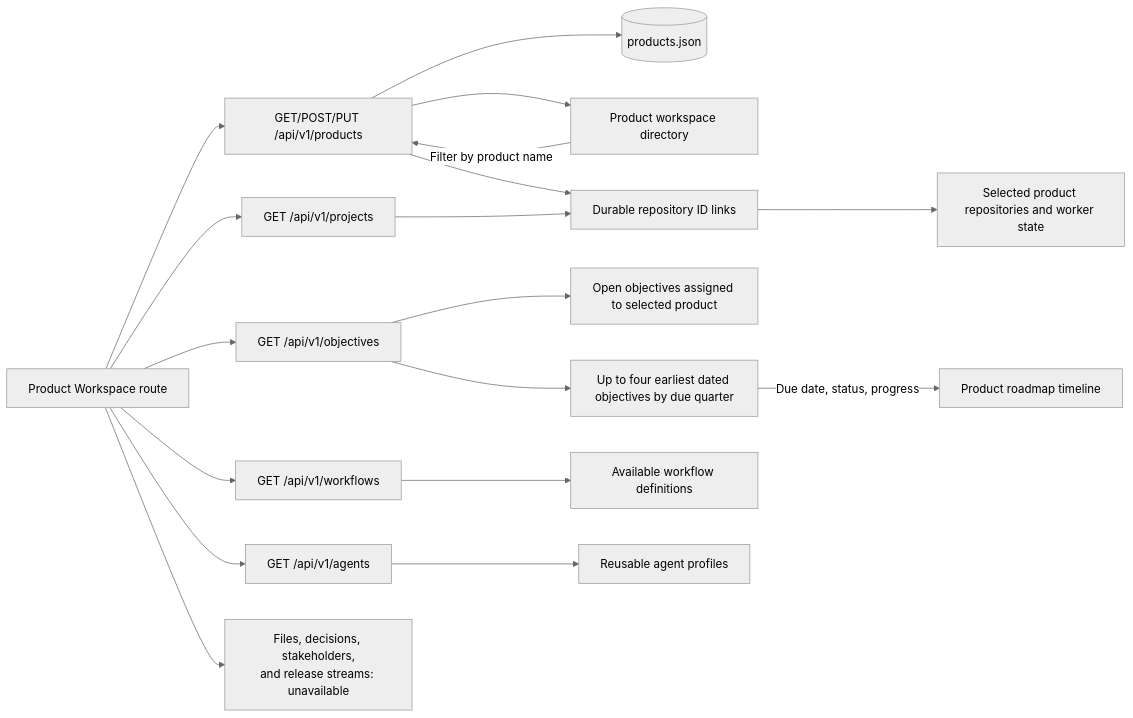
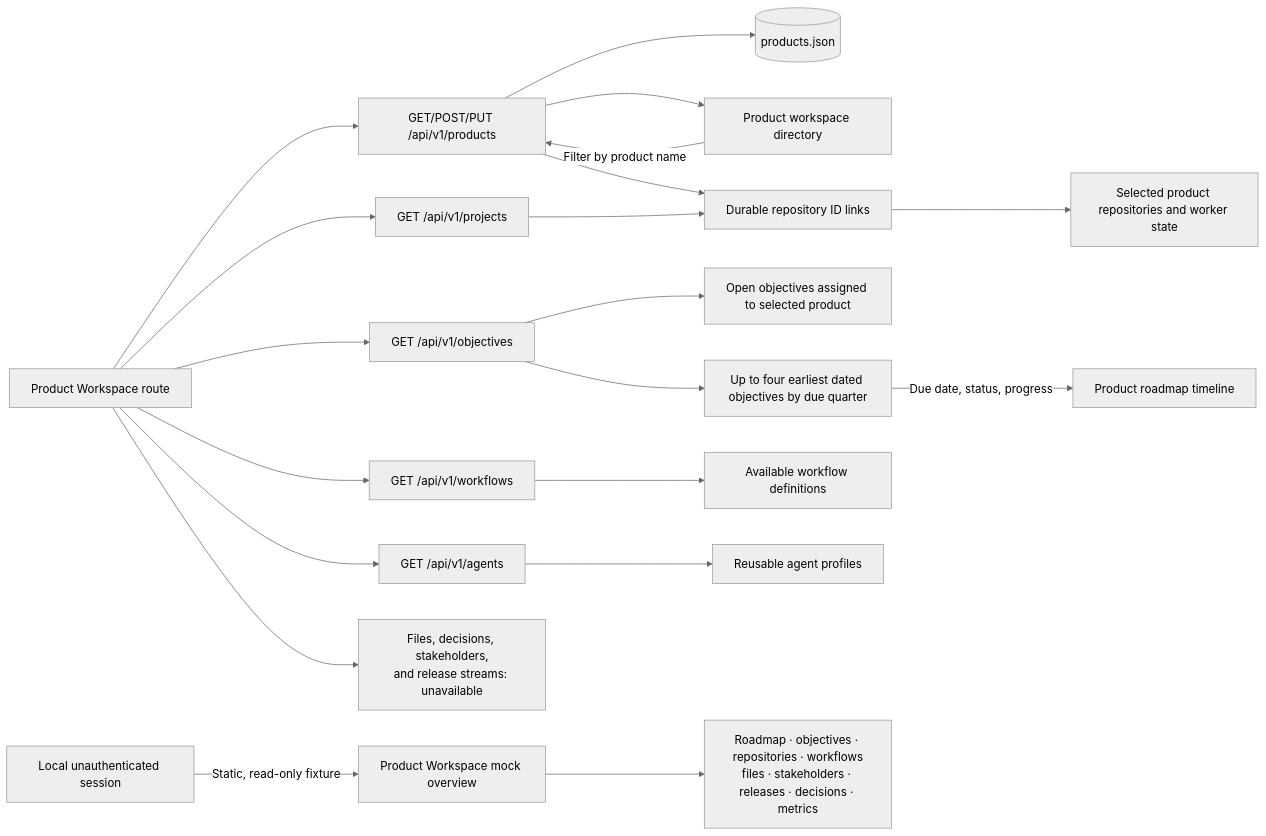
The diagram in docs/features/product-workspace.md (bogdaniel/zenchron-engineering-os), drawn with Mermaid (neutral theme) before and after one commit. The commit also changed other lines of this file and 103 other files, not shown here.

````diff
--- a/docs/features/product-workspace.md
+++ b/docs/features/product-workspace.md
@@ -10,21 +16,23 @@
 ```mermaid
 flowchart LR
     Browser[Product Workspace route] --> Projects[GET /api/v1/projects]
     Browser --> Products[GET/POST/PUT /api/v1/products]
     Browser --> Objectives[GET /api/v1/objectives]
     Browser --> Workflows[GET /api/v1/workflows]
     Browser --> Agents[GET /api/v1/agents]
     Products --> Store[(products.json)]
     Products --> Directory[Product workspace directory]
     Directory -->|Filter by product name| Products
     Products --> Links[Durable repository ID links]
     Projects --> Links
     Links --> Detail[Selected product repositories and worker state]
     Objectives --> GoalList[Open objectives assigned to selected product]
     Objectives --> Roadmap[Up to four earliest dated objectives by due quarter]
     Roadmap -->|Due date, status, progress| ProductRoadmap[Product roadmap timeline]
     Workflows --> WorkflowList[Available workflow definitions]
     Agents --> Templates[Reusable agent profiles]
     Missing[Files, decisions, stakeholders,<br/>and release streams: unavailable]
     Browser --> Missing
+    Preview[Local unauthenticated session] -->|Static, read-only fixture| Mock[Product Workspace mock overview]
+    Mock --> MockData[Roadmap · objectives · repositories · workflows<br/>files · stakeholders · releases · decisions · metrics]
 ```
````
